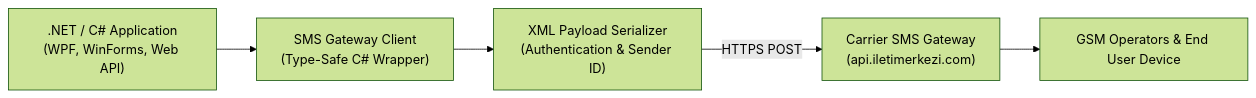
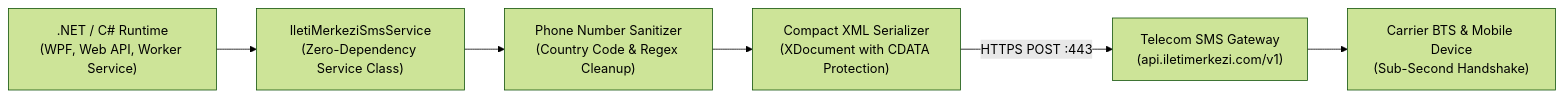
Before and after one commit to oaonuraksoy/oaonuraksoy: the diagram in src/content/broadcasts/en/csharp-ileti-merkezi-sms-api.md, drawn with Mermaid (forest theme). The commit also changed other lines of this file and 28 other files, not shown here.

Commit message:
feat(broadcasts): humanize 10 video case studies, add vault assets, webp covers and faqpage schema

````diff
--- a/src/content/broadcasts/en/csharp-ileti-merkezi-sms-api.md
+++ b/src/content/broadcasts/en/csharp-ileti-merkezi-sms-api.md
@@ -34,7 +50,8 @@
 ```mermaid
 flowchart LR
-    App[".NET / C# Application<br/>(WPF, WinForms, Web API)"] --> Client["SMS Gateway Client<br/>(Type-Safe C# Wrapper)"]
-    Client --> Serializer["XML Payload Serializer<br/>(Authentication & Sender ID)"]
-    Serializer -->|HTTPS POST| Gateway["Carrier SMS Gateway<br/>(api.iletimerkezi.com)"]
-    Gateway --> Telecom["GSM Operators & End User Device"]
+    App[".NET / C# Runtime<br/>(WPF, Web API, Worker Service)"] --> Service["IletiMerkeziSmsService<br/>(Zero-Dependency Service Class)"]
+    Service --> Sanitizer["Phone Number Sanitizer<br/>(Country Code & Regex Cleanup)"]
+    Sanitizer --> XML["Compact XML Serializer<br/>(XDocument with CDATA Protection)"]
+    XML -->|HTTPS POST :443| Gateway["Telecom SMS Gateway<br/>(api.iletimerkezi.com/v1)"]
+    Gateway --> BTS["Carrier BTS & Mobile Device<br/>(Sub-Second Handshake)"]
 ```
````
